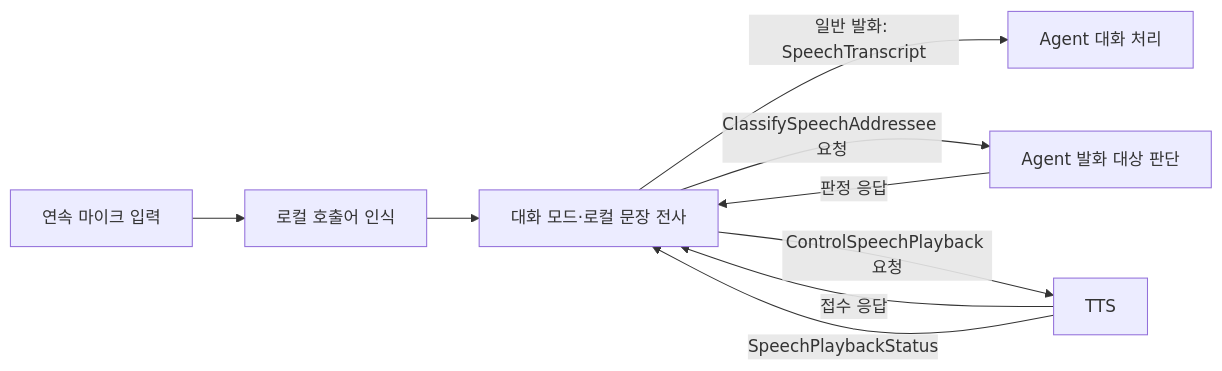
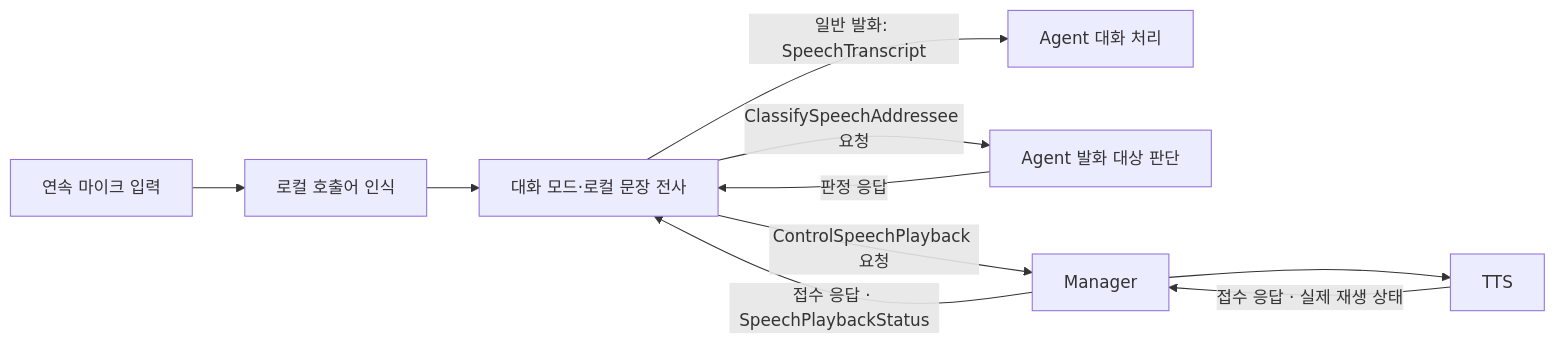
Before and after one commit to SWM-malbut/malbut: the diagram in malbut_stt/README.md, drawn with Mermaid. The commit also changed other lines of this file and 49 other files, not shown here.

Commit message:
feat(SWM25-241): route speech execution through system manager

````diff
--- a/malbut_stt/README.md
+++ b/malbut_stt/README.md
@@ -10,11 +10,12 @@
 ```mermaid
 flowchart LR
     M["연속 마이크 입력"] --> W["로컬 호출어 인식"]
     W --> S["대화 모드·로컬 문장 전사"]
     S -->|"일반 발화: SpeechTranscript"| A["Agent 대화 처리"]
     S -->|"ClassifySpeechAddressee 요청"| C["Agent 발화 대상 판단"]
     C -->|"판정 응답"| S
-    S -->|"ControlSpeechPlayback 요청"| T["TTS"]
-    T -->|"접수 응답"| S
-    T -->|"SpeechPlaybackStatus"| S
+    S -->|"ControlSpeechPlayback 요청"| G["Manager"]
+    G --> T["TTS"]
+    T -->|"접수 응답 · 실제 재생 상태"| G
+    G -->|"접수 응답 · SpeechPlaybackStatus"| S
 ```
````
